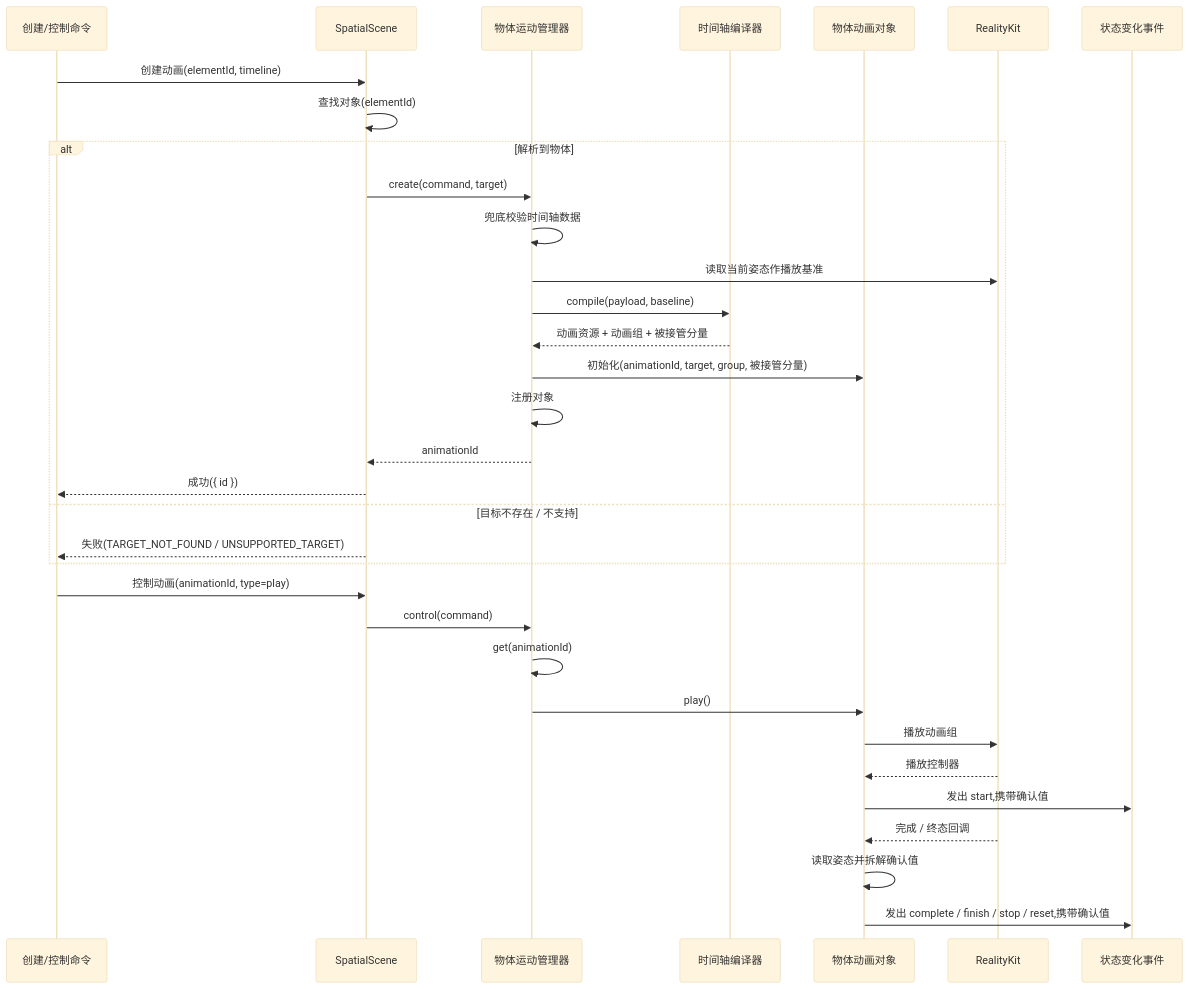
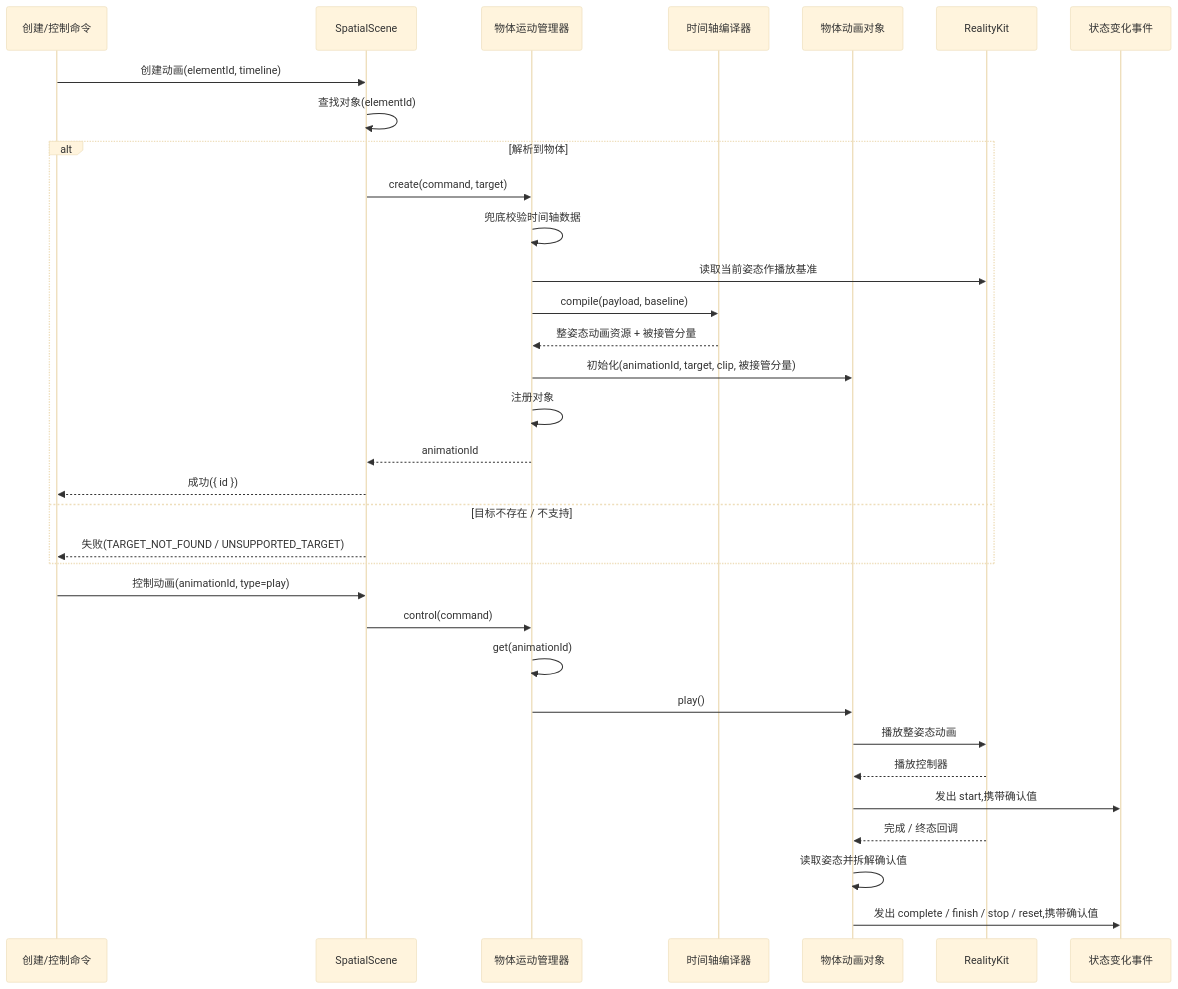
One commit to webspatial/webspatial-sdk changed the eighth of 11 diagrams in openspec/changes/redesign-entity-motion-api/design.zh.md. Above: the diagram before and after it, drawn with Mermaid (base theme). The commit also changed other lines of this file and 3 other files, not shown here.

````diff
--- a/openspec/changes/redesign-entity-motion-api/design.zh.md
+++ b/openspec/changes/redesign-entity-motion-api/design.zh.md
@@ -813,37 +792,37 @@
 ```mermaid
 sequenceDiagram
     participant JSB as 创建/控制命令
     participant Scene as SpatialScene
     participant Manager as 物体运动管理器
     participant Compiler as 时间轴编译器
     participant Obj as 物体动画对象
     participant RK as RealityKit
     participant Event as 状态变化事件
 
     JSB->>Scene: 创建动画(elementId, timeline)
     Scene->>Scene: 查找对象(elementId)
     alt 解析到物体
         Scene->>Manager: create(command, target)
         Manager->>Manager: 兜底校验时间轴数据
         Manager->>RK: 读取当前姿态作播放基准
         Manager->>Compiler: compile(payload, baseline)
-        Compiler-->>Manager: 动画资源 + 动画组 + 被接管分量
-        Manager->>Obj: 初始化(animationId, target, group, 被接管分量)
+        Compiler-->>Manager: 整姿态动画资源 + 被接管分量
+        Manager->>Obj: 初始化(animationId, target, clip, 被接管分量)
         Manager->>Manager: 注册对象
         Manager-->>Scene: animationId
         Scene-->>JSB: 成功({ id })
     else 目标不存在 / 不支持
         Scene-->>JSB: 失败(TARGET_NOT_FOUND / UNSUPPORTED_TARGET)
     end
 
     JSB->>Scene: 控制动画(animationId, type=play)
     Scene->>Manager: control(command)
     Manager->>Manager: get(animationId)
     Manager->>Obj: play()
-    Obj->>RK: 播放动画组
+    Obj->>RK: 播放整姿态动画
     RK-->>Obj: 播放控制器
     Obj->>Event: 发出 start,携带确认值
     RK-->>Obj: 完成 / 终态回调
     Obj->>Obj: 读取姿态并拆解确认值
     Obj->>Event: 发出 complete / finish / stop / reset,携带确认值
 ```
````
